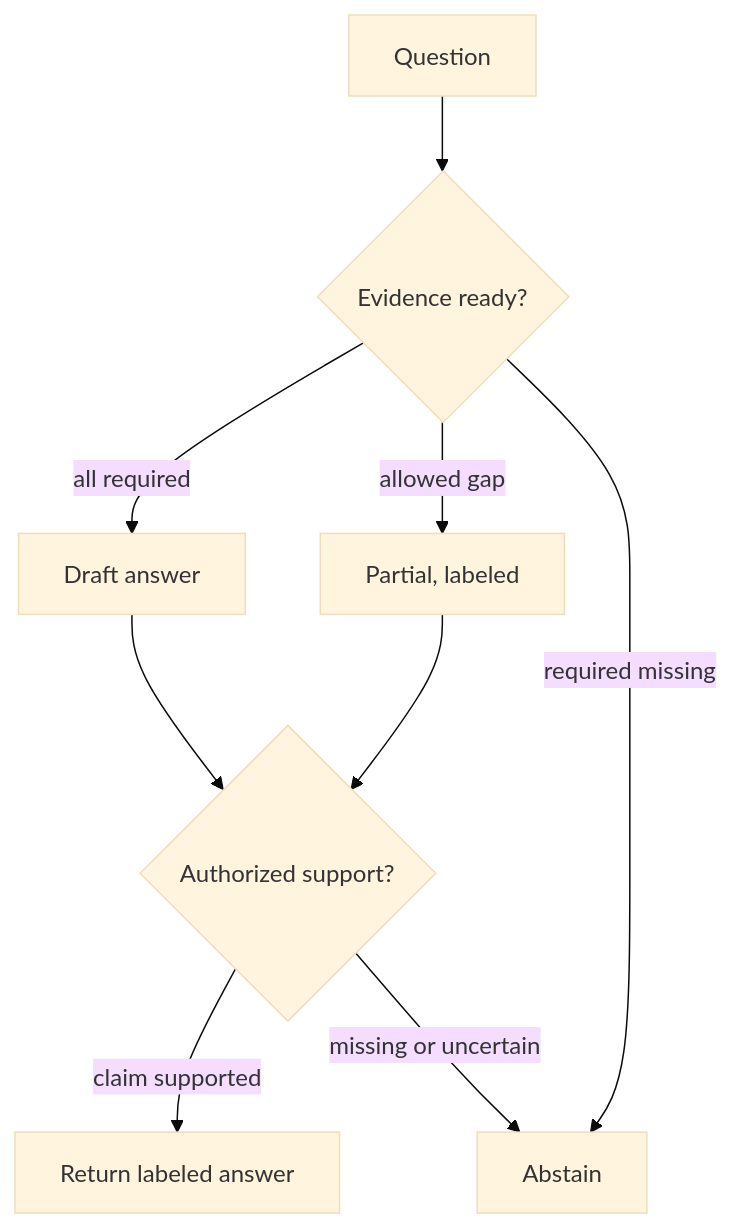
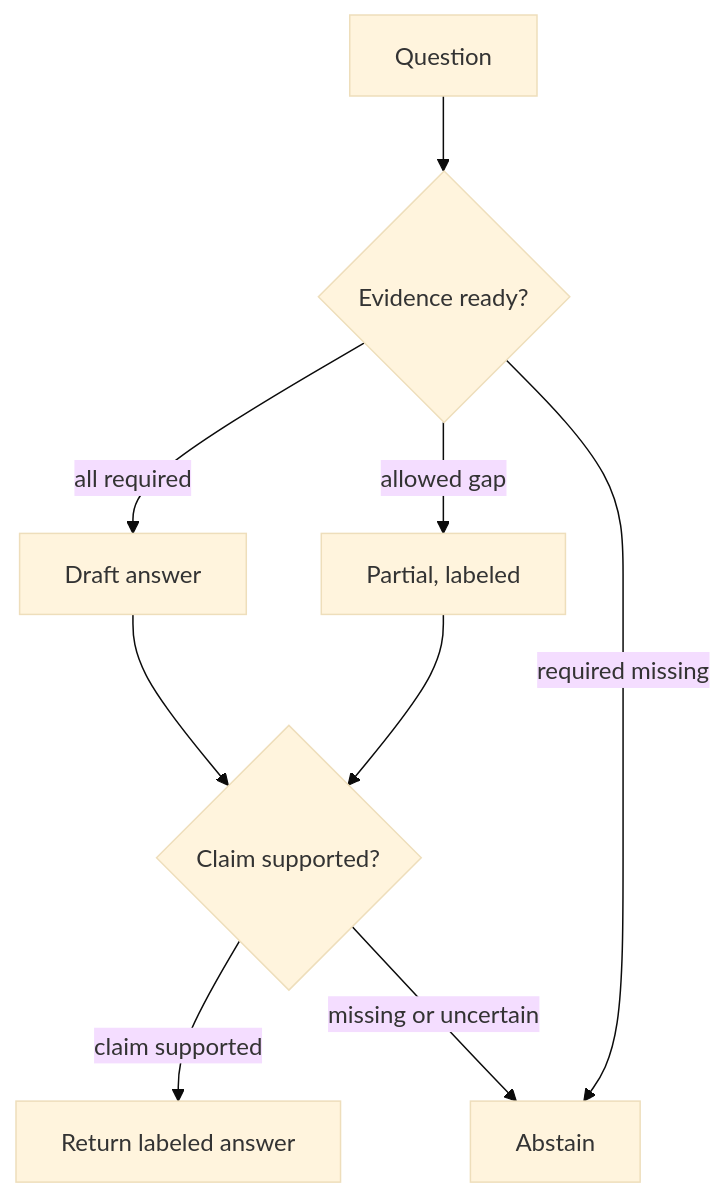
One commit to bvolpato/leetllm changed the second of 2 diagrams in web/src/content/system-design/multimodal-llms-architecture-design/content.md. Above: the diagram before and after it, drawn with Mermaid (base theme). The commit also changed other lines of this file and 23 other files, not shown here.

````diff
--- a/web/src/content/system-design/multimodal-llms-architecture-design/content.md
+++ b/web/src/content/system-design/multimodal-llms-architecture-design/content.md
@@ -134,11 +114,11 @@
 ```mermaid
 flowchart TB
   Q["Question"]:::secondary --> R{"Evidence ready?"}:::warning
   R -->|"all required"| G["Draft answer"]:::primary
   R -->|"allowed gap"| P["Partial, labeled"]:::accent
   R -->|"required missing"| A["Abstain"]:::danger
   P --> V
-  G --> V{"Authorized support?"}:::warning
+  G --> V{"Claim supported?"}:::warning
   V -->|"claim supported"| O["Return labeled answer"]:::success
   V -->|"missing or uncertain"| A
 ```
````
